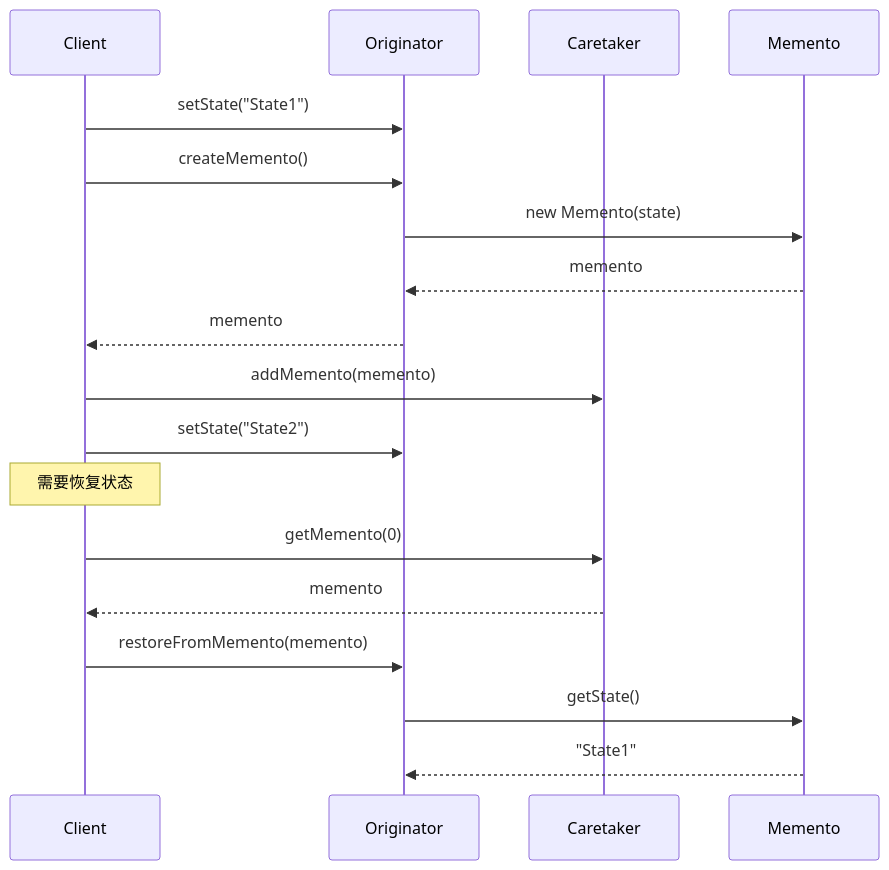
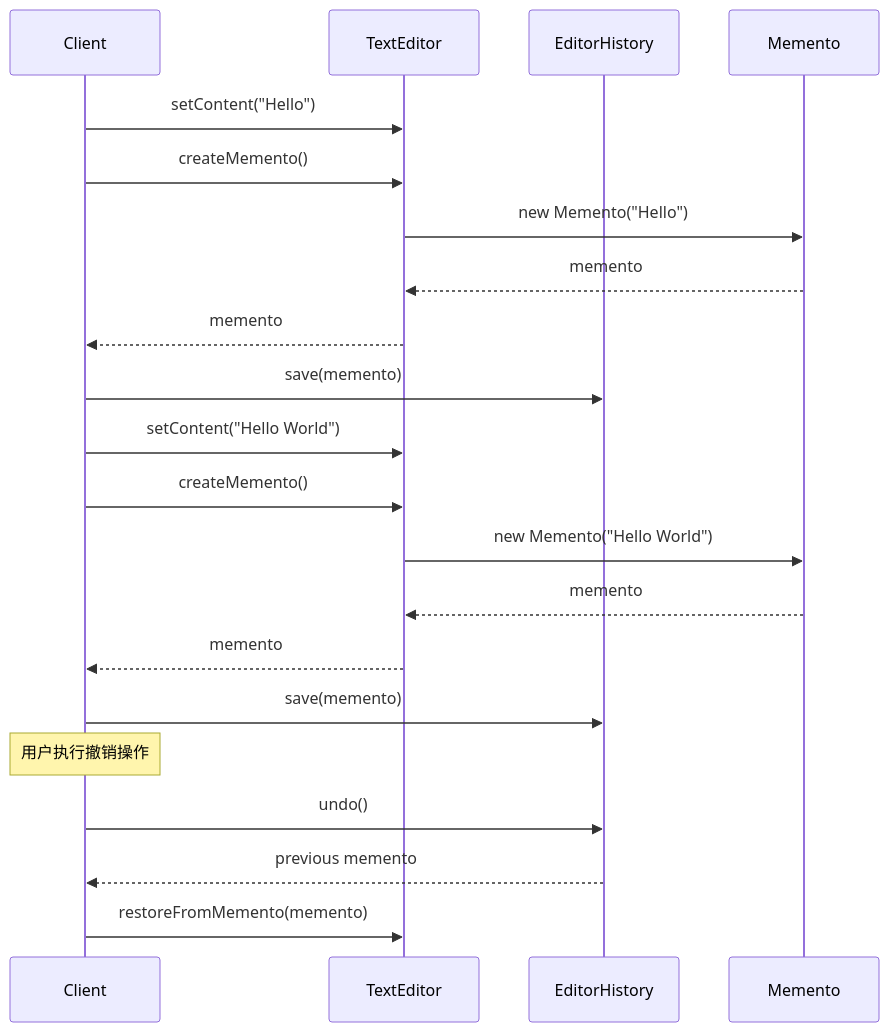
The second of 2 diagrams in docs/design-patterns/behavioral/memento.md (ANTHEM37/tool-box), drawn with Mermaid before and after one commit. The commit also changed other lines of this file and 29 other files, not shown here.

````diff
--- a/docs/design-patterns/behavioral/memento.md
+++ b/docs/design-patterns/behavioral/memento.md
@@ -49,20 +145,26 @@
 ```mermaid
 sequenceDiagram
     participant Client
-    participant Originator
-    participant Caretaker
+    participant TextEditor
+    participant EditorHistory
     participant Memento
-    Client ->> Originator: setState("State1")
-    Client ->> Originator: createMemento()
-    Originator ->> Memento: new Memento(state)
-    Memento -->> Originator: memento
-    Originator -->> Client: memento
-    Client ->> Caretaker: addMemento(memento)
-    Client ->> Originator: setState("State2")
-    Note over Client: 需要恢复状态
-    Client ->> Caretaker: getMemento(0)
-    Caretaker -->> Client: memento
-    Client ->> Originator: restoreFromMemento(memento)
-    Originator ->> Memento: getState()
-    Memento -->> Originator: "State1"
+    
+    Client->>TextEditor: setContent("Hello")
+    Client->>TextEditor: createMemento()
+    TextEditor->>Memento: new Memento("Hello")
+    Memento-->>TextEditor: memento
+    TextEditor-->>Client: memento
+    Client->>EditorHistory: save(memento)
+    
+    Client->>TextEditor: setContent("Hello World")
+    Client->>TextEditor: createMemento()
+    TextEditor->>Memento: new Memento("Hello World")
+    Memento-->>TextEditor: memento
+    TextEditor-->>Client: memento
+    Client->>EditorHistory: save(memento)
+    
+    Note over Client: 用户执行撤销操作
+    Client->>EditorHistory: undo()
+    EditorHistory-->>Client: previous memento
+    Client->>TextEditor: restoreFromMemento(memento)
 ```
````
